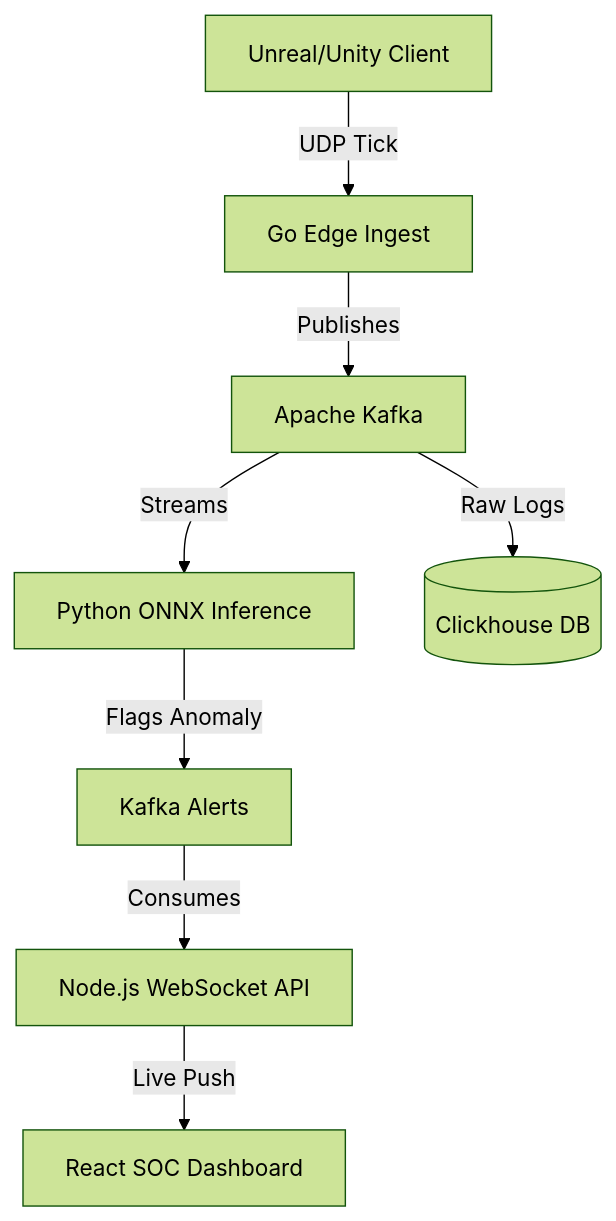
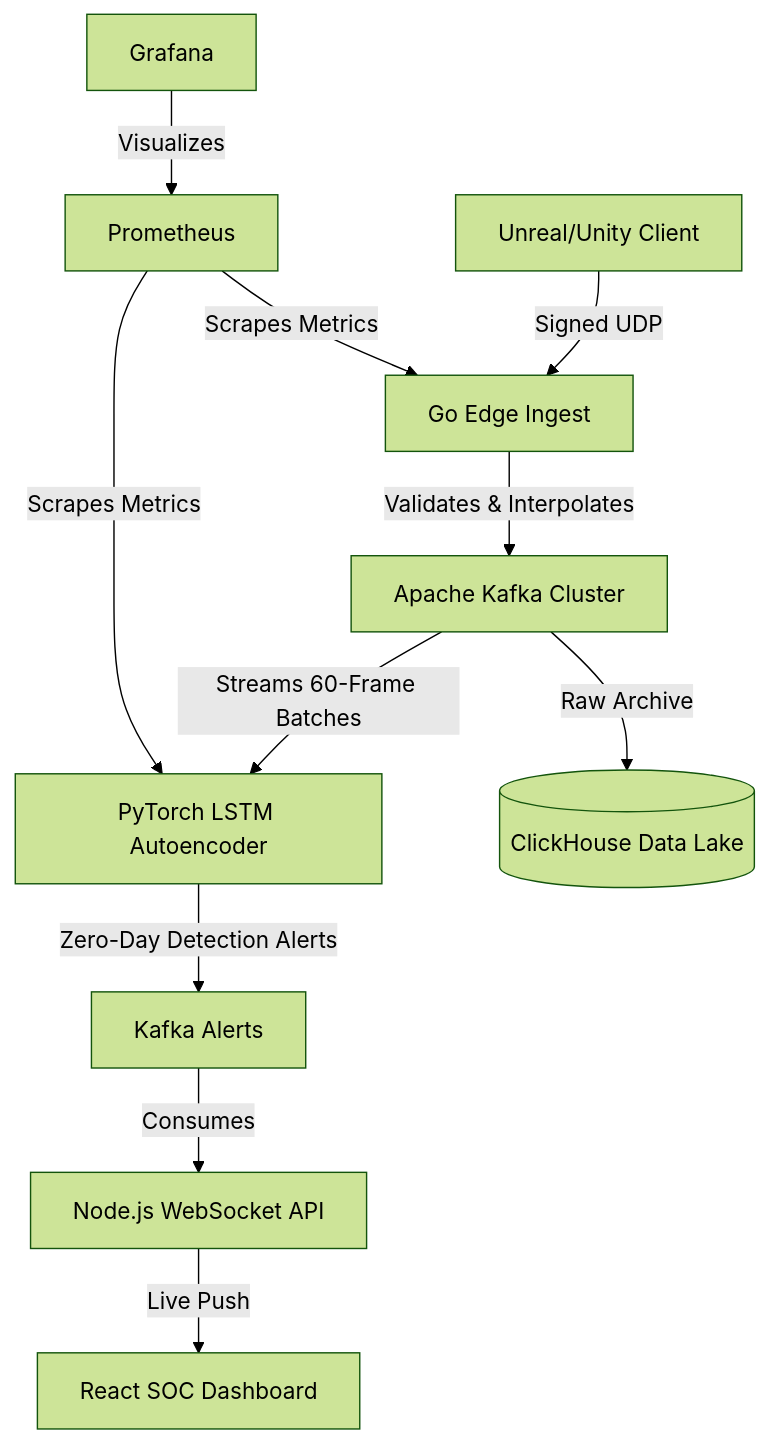
Before and after one commit to Vishwajeet2005/SentinelX: the diagram in README.md, drawn with Mermaid (forest theme). The commit also changed other lines of this file, not shown here.

Commit message:
docs: revamp README with enterprise architecture, ML autoencoder, and security defenses

````diff
--- a/README.md
+++ b/README.md
@@ -26,10 +26,14 @@
 ```mermaid
 graph TD
-    Client[Unreal/Unity Client] -->|UDP Tick| Edge[Go Edge Ingest]
-    Edge -->|Publishes| Kafka[Apache Kafka]
-    Kafka -->|Streams| ML[Python ONNX Inference]
-    ML -->|Flags Anomaly| AlertTopic[Kafka Alerts]
-    Kafka -->|Raw Logs| CH[(Clickhouse DB)]
+    Client[Unreal/Unity Client] -->|Signed UDP| Edge[Go Edge Ingest]
+    Edge -->|Validates & Interpolates| Kafka[Apache Kafka Cluster]
+    Kafka -->|Streams 60-Frame Batches| ML[PyTorch LSTM Autoencoder]
+    ML -->|Zero-Day Detection Alerts| AlertTopic[Kafka Alerts]
+    Kafka -->|Raw Archive| CH[(ClickHouse Data Lake)]
     AlertTopic -->|Consumes| API[Node.js WebSocket API]
     API -->|Live Push| React[React SOC Dashboard]
+    
+    Prometheus -->|Scrapes Metrics| Edge
+    Prometheus -->|Scrapes Metrics| ML
+    Grafana -->|Visualizes| Prometheus
 ```
````
